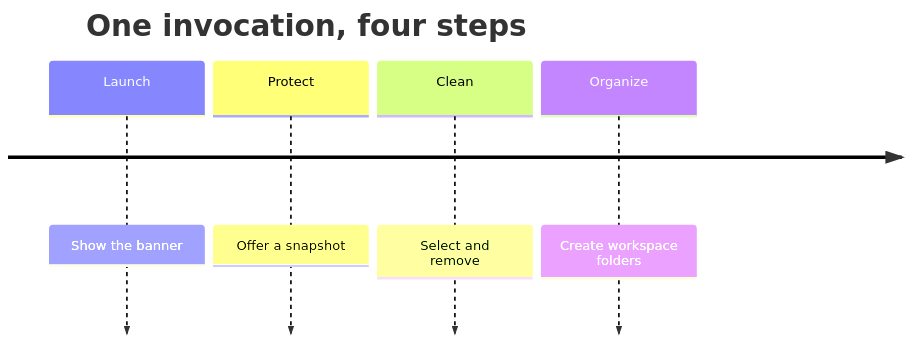
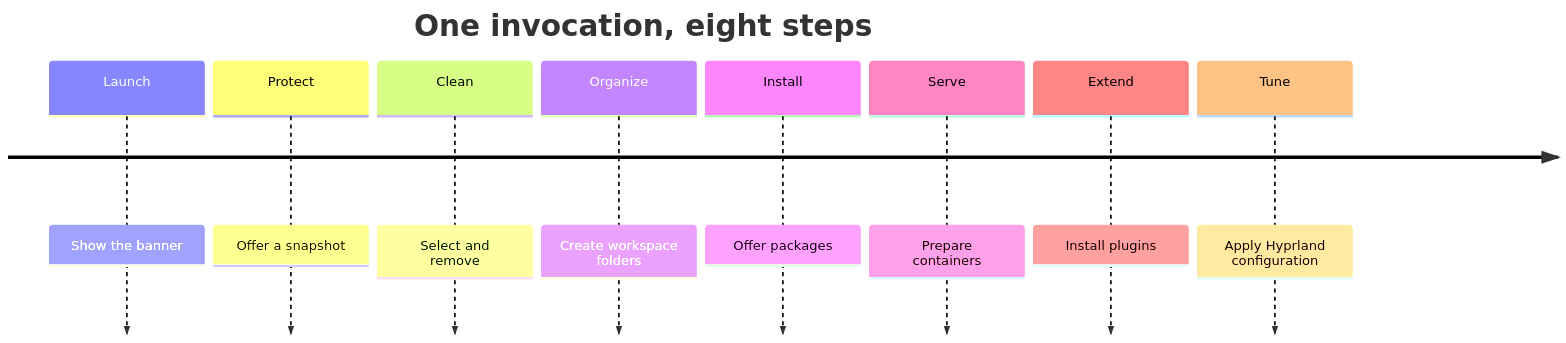
The second of 3 diagrams in docs/index.md (Armoghans-Organization/Omarchy-Tweaker), drawn with Mermaid before and after one commit. The commit also changed other lines of this file and 20 other files, not shown here.

````diff
--- a/docs/index.md
+++ b/docs/index.md
@@ -113,8 +115,12 @@
 ```mermaid
 timeline
-    title One invocation, four steps
+    title One invocation, eight steps
     Launch : Show the banner
     Protect : Offer a snapshot
     Clean : Select and remove
     Organize : Create workspace folders
+    Install : Offer packages
+    Serve : Prepare containers
+    Extend : Install plugins
+    Tune : Apply Hyprland configuration
 ```
````
